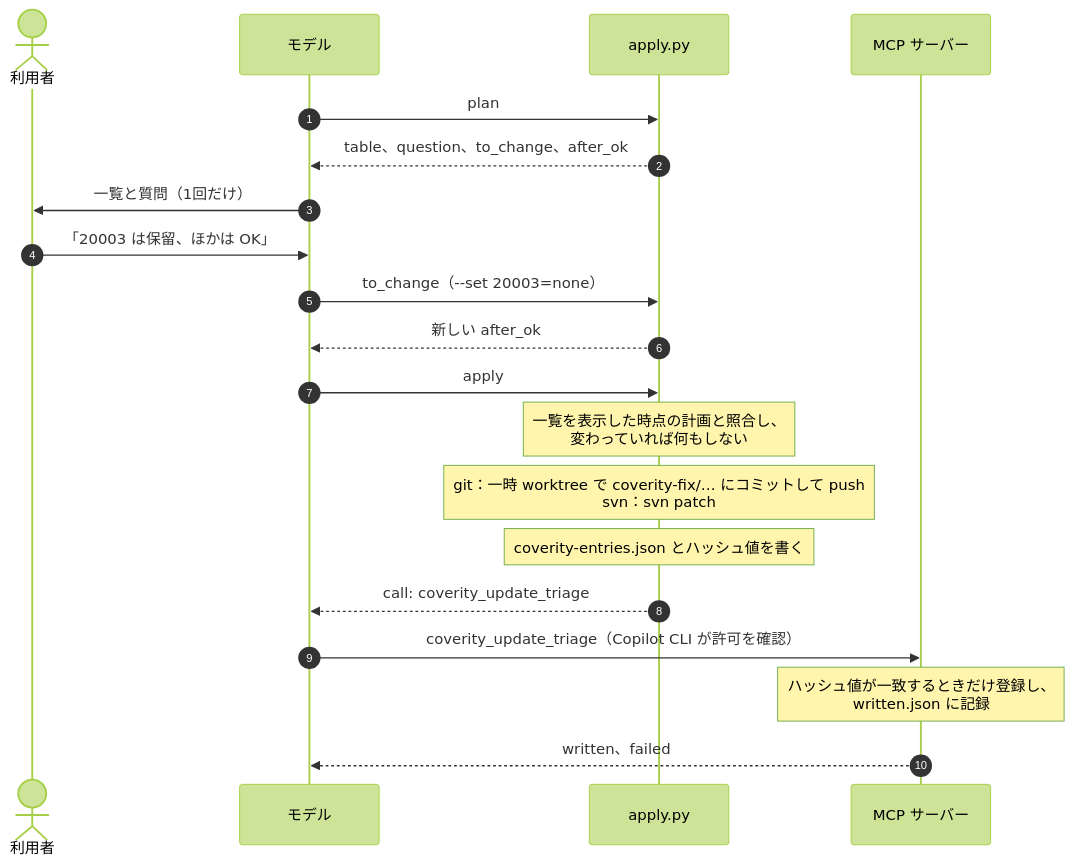
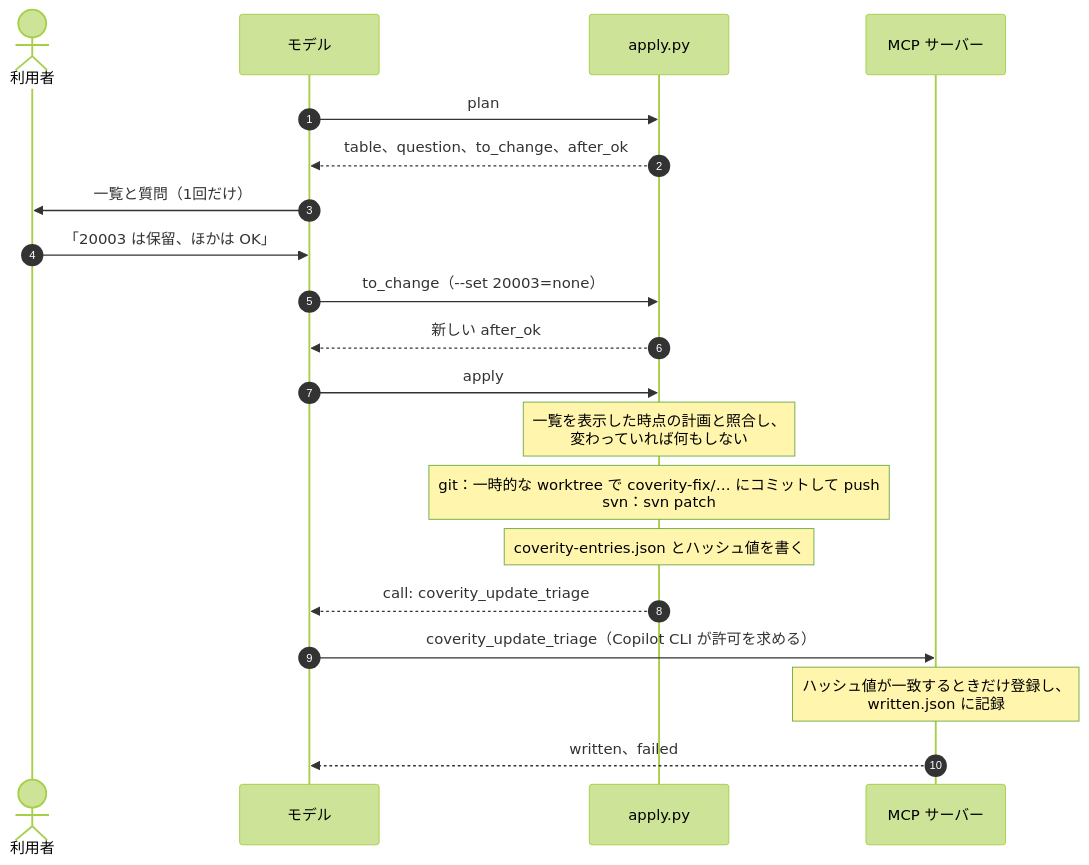
One commit to xclang-brain/plugin-market-place changed the third of 4 diagrams in docs-site/docs/dev/architecture.md. Above: the diagram before and after it, drawn with Mermaid (forest theme). The commit also changed other lines of this file and 14 other files, not shown here.

First line of the commit message:
coverity-triage-kit：説明サイトの構成と文を見直す

````diff
--- a/docs-site/docs/dev/architecture.md
+++ b/docs-site/docs/dev/architecture.md
@@ -84,22 +84,22 @@
 ```mermaid
 sequenceDiagram
   autonumber
   actor U as 利用者
   participant A as モデル
   participant P as apply.py
   participant M as MCP サーバー
   A->>P: plan
   P-->>A: table、question、to_change、after_ok
   A->>U: 一覧と質問（1回だけ）
   U->>A: 「20003 は保留、ほかは OK」
   A->>P: to_change（--set 20003=none）
   P-->>A: 新しい after_ok
   A->>P: apply
   Note over P: 一覧を表示した時点の計画と照合し、<br>変わっていれば何もしない
-  Note over P: git：一時 worktree で coverity-fix/… にコミットして push<br>svn：svn patch
+  Note over P: git：一時的な worktree で coverity-fix/… にコミットして push<br>svn：svn patch
   Note over P: coverity-entries.json とハッシュ値を書く
   P-->>A: call: coverity_update_triage
-  A->>M: coverity_update_triage（Copilot CLI が許可を確認）
+  A->>M: coverity_update_triage（Copilot CLI が許可を求める）
   Note over M: ハッシュ値が一致するときだけ登録し、<br>written.json に記録
   M-->>A: written、failed
 ```
````
